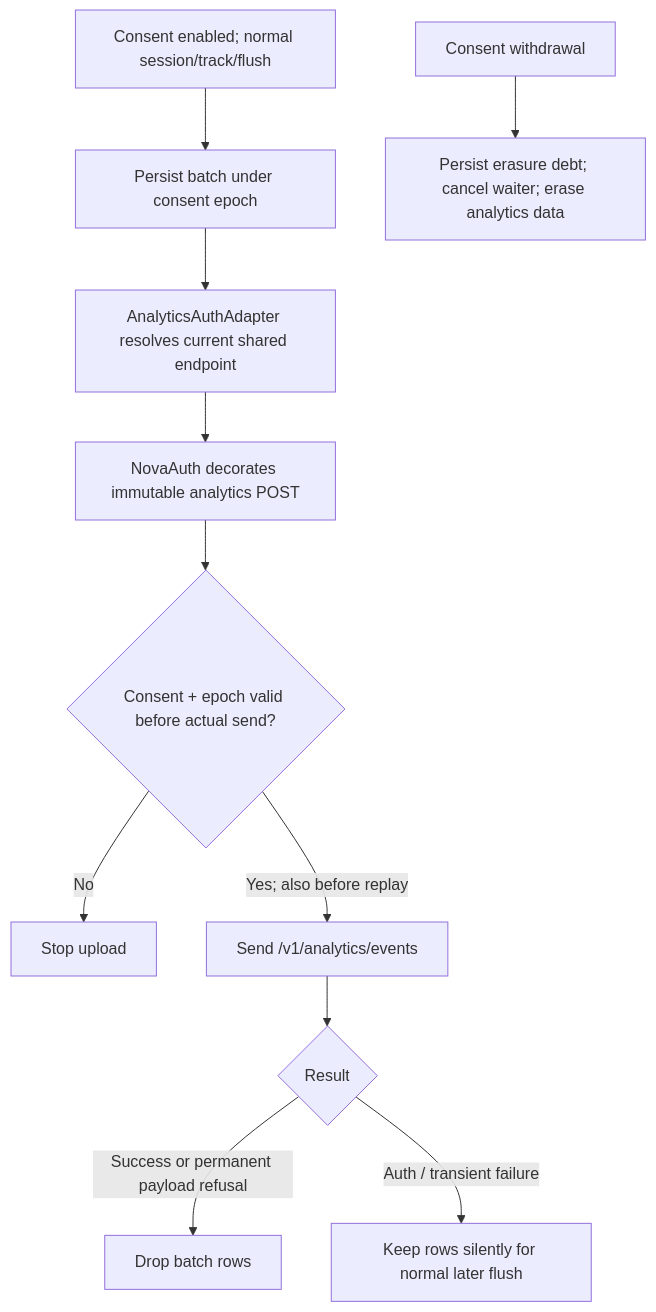
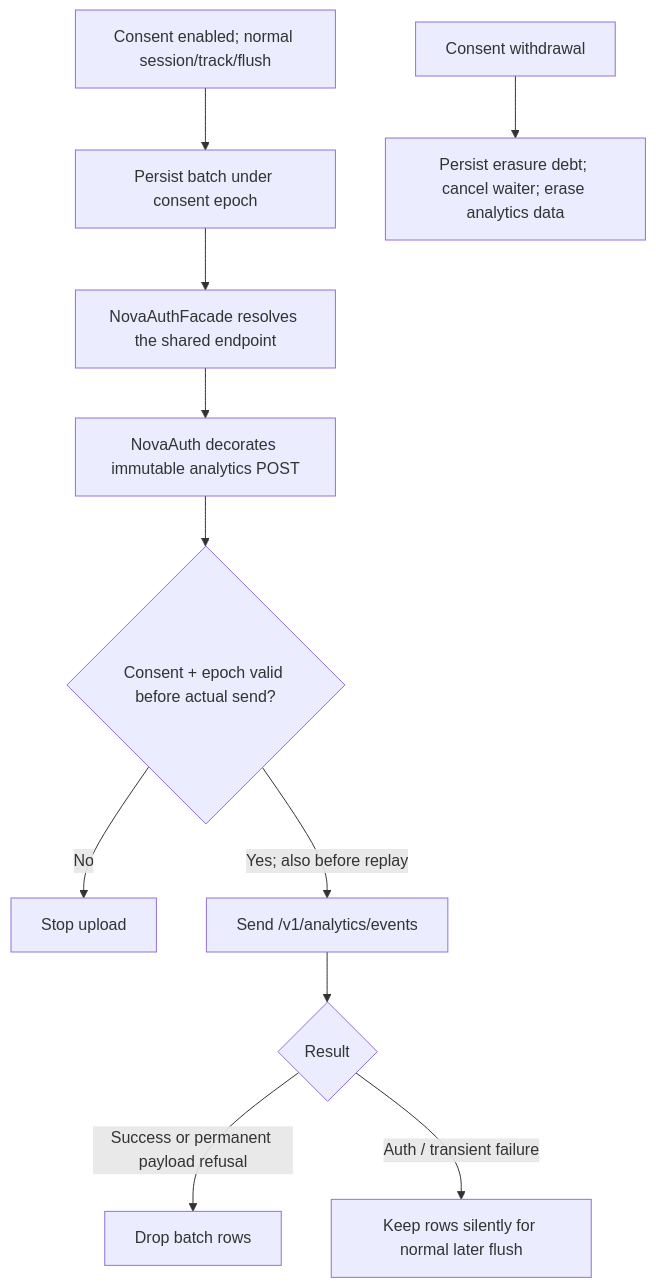
Before and after one commit to novasamatech/nova-wallet-ios: the eighth of 8 diagrams in .claude/docs/architecture/novaauth-client-diagrams.md, drawn with Mermaid. The commit also changed other lines of this file and 5 other files, not shown here.

Commit message:
correct stale nova auth doc statements

````diff
--- a/.claude/docs/architecture/novaauth-client-diagrams.md
+++ b/.claude/docs/architecture/novaauth-client-diagrams.md
@@ -286,13 +285,13 @@
 ```mermaid
 flowchart TB
   C["Consent enabled; normal session/track/flush"] --> Q["Persist batch under consent epoch"]
-  Q --> A["AnalyticsAuthAdapter resolves current shared endpoint"]
+  Q --> A["NovaAuthFacade resolves the shared endpoint"]
   A --> N["NovaAuth decorates immutable analytics POST"]
   N --> G{"Consent + epoch valid before actual send?"}
   G -- "No" --> X["Stop upload"]
   G -- "Yes; also before replay" --> S["Send /v1/analytics/events"]
   S --> R{"Result"}
   R -- "Success or permanent payload refusal" --> D["Drop batch rows"]
   R -- "Auth / transient failure" --> K["Keep rows silently for normal later flush"]
   W["Consent withdrawal"] --> E["Persist erasure debt; cancel waiter; erase analytics data"]
 ```
````
